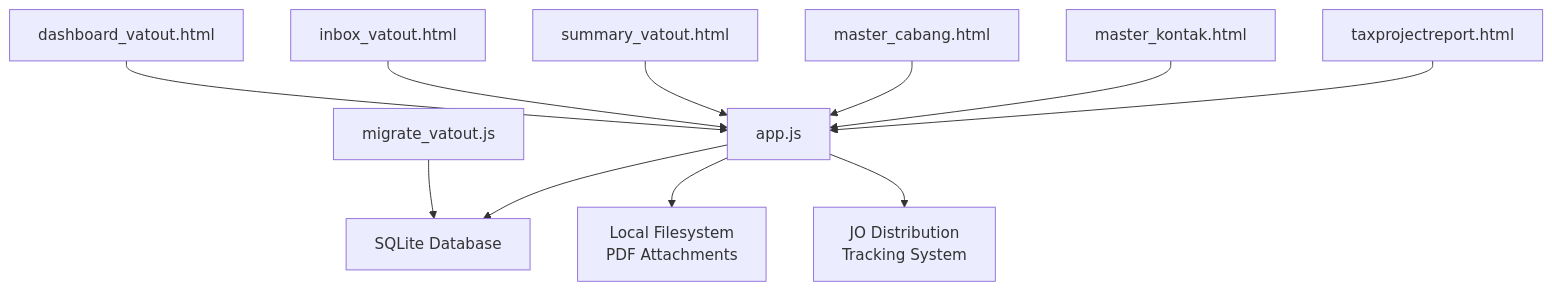
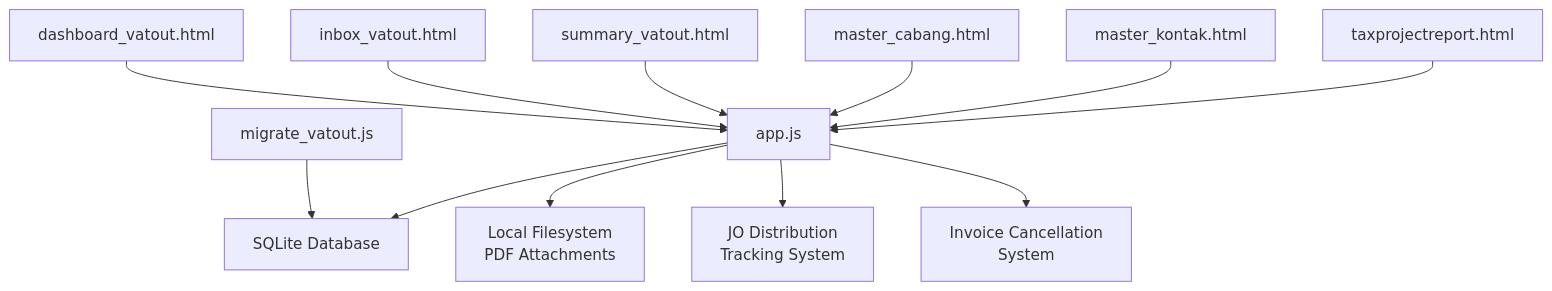
Before and after one commit to rendisiagian/TDS_by_RENDISIAGIAN: the second of 11 diagrams in .qoder/repowiki/en/content/VAT Management System/VAT Output (VAT OUT).md, drawn with Mermaid. The commit also changed other lines of this file and 38 other files, not shown here.

First line of the commit message:
feat(database): add invoice cancellation tracking and enhance JO member allocation

````diff
--- a/.qoder/repowiki/en/content/VAT Management System/VAT Output (VAT OUT).md
+++ b/.qoder/repowiki/en/content/VAT Management System/VAT Output (VAT OUT).md
@@ -117,24 +127,26 @@
 ```mermaid
 graph TB
 UI_Dashboard["dashboard_vatout.html"]
 UI_Inbox["inbox_vatout.html"]
 UI_Summary["summary_vatout.html"]
 BE_App["app.js"]
 DB_SQLite["SQLite Database"]
 FS_Attachments["Local Filesystem<br/>PDF Attachments"]
 Master_Cabang["master_cabang.html"]
 Master_Kontak["master_kontak.html"]
 Migration_Tool["migrate_vatout.js"]
 JO_Tracking["JO Distribution<br/>Tracking System"]
 Tax_Report["taxprojectreport.html"]
+Cancel_System["Invoice Cancellation<br/>System"]
 UI_Dashboard --> BE_App
 UI_Inbox --> BE_App
 UI_Summary --> BE_App
 Migration_Tool --> DB_SQLite
 BE_App --> DB_SQLite
 BE_App --> FS_Attachments
 BE_App --> JO_Tracking
+BE_App --> Cancel_System
 Master_Cabang --> BE_App
 Master_Kontak --> BE_App
 Tax_Report --> BE_App
 ```
````
